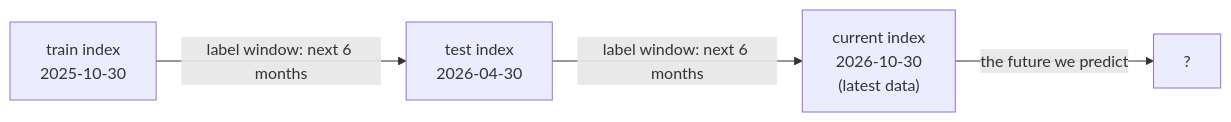
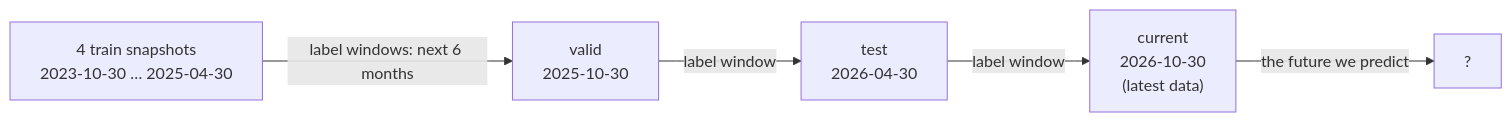
Before and after one commit to kussak/care-gap-radar: the second of 3 diagrams in README.md, drawn with Mermaid. The commit also changed other lines of this file and 7 other files, not shown here.

````diff
--- a/README.md
+++ b/README.md
@@ -226,6 +226,7 @@
 ```mermaid
 flowchart LR
-    T["train index<br/>2025-10-30"] -->|"label window: next 6 months"| X["test index<br/>2026-04-30"]
-    X -->|"label window: next 6 months"| C["current index<br/>2026-10-30<br/>(latest data)"]
+    T["4 train snapshots<br/>2023-10-30 … 2025-04-30"] -->|"label windows: next 6 months"| V["valid<br/>2025-10-30"]
+    V -->|"label window"| X["test<br/>2026-04-30"]
+    X -->|"label window"| C["current<br/>2026-10-30<br/>(latest data)"]
     C -->|"the future we predict"| F["?"]
 ```
````
